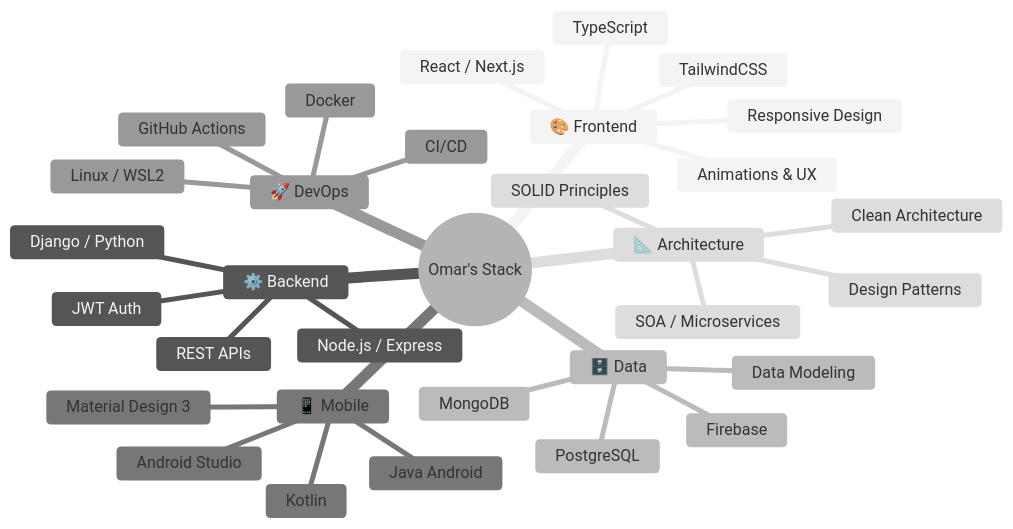
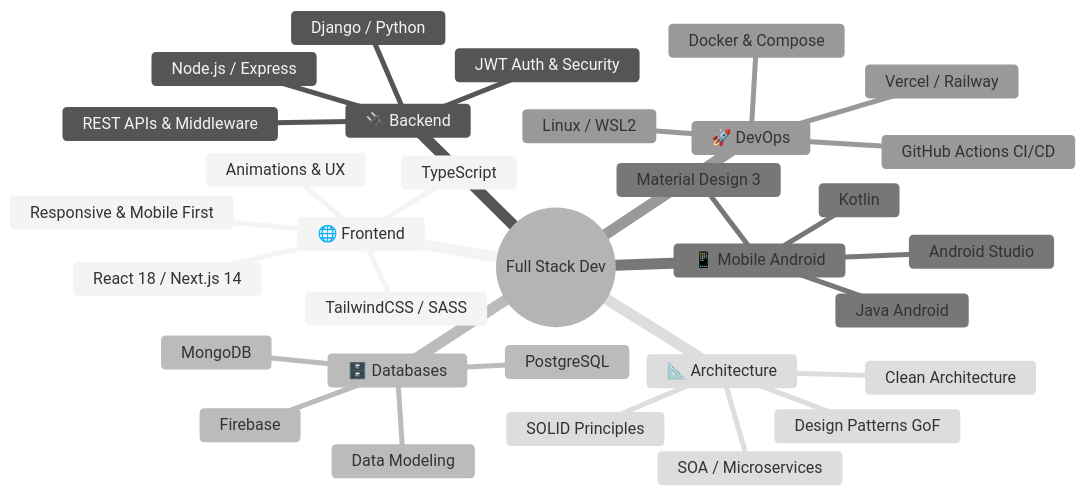
One commit to omarhernandezrey/omarhernandezrey changed the diagram in README.md. Above: the diagram before and after it, drawn with Mermaid (neutral theme). The commit also changed other lines of this file, not shown here.

````diff
--- a/README.md
+++ b/README.md
@@ -320,35 +231,35 @@
 ```mermaid
 mindmap
-  root((Omar's Stack))
-    🎨 Frontend
-      React / Next.js
+  root((Full Stack Dev))
+    🌐 Frontend
+      React 18 / Next.js 14
       TypeScript
-      TailwindCSS
-      Responsive Design
+      TailwindCSS / SASS
+      Responsive & Mobile First
       Animations & UX
-    ⚙️ Backend
+    🔌 Backend
       Node.js / Express
+      REST APIs & Middleware
+      JWT Auth & Security
       Django / Python
-      REST APIs
-      JWT Auth
-    🗄️ Data
+    🗄️ Databases
       PostgreSQL
       MongoDB
       Firebase
       Data Modeling
-    📱 Mobile
+    📱 Mobile Android
       Kotlin
       Java Android
       Android Studio
       Material Design 3
     🚀 DevOps
-      Docker
-      GitHub Actions
+      Docker & Compose
+      GitHub Actions CI/CD
       Linux / WSL2
-      CI/CD
+      Vercel / Railway
     📐 Architecture
       SOLID Principles
-      Design Patterns
+      Clean Architecture
+      Design Patterns GoF
       SOA / Microservices
-      Clean Architecture
 ```
````
